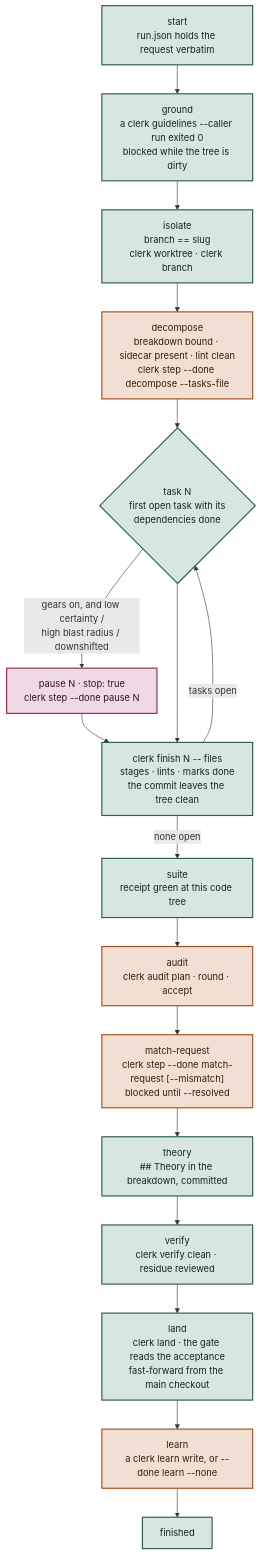
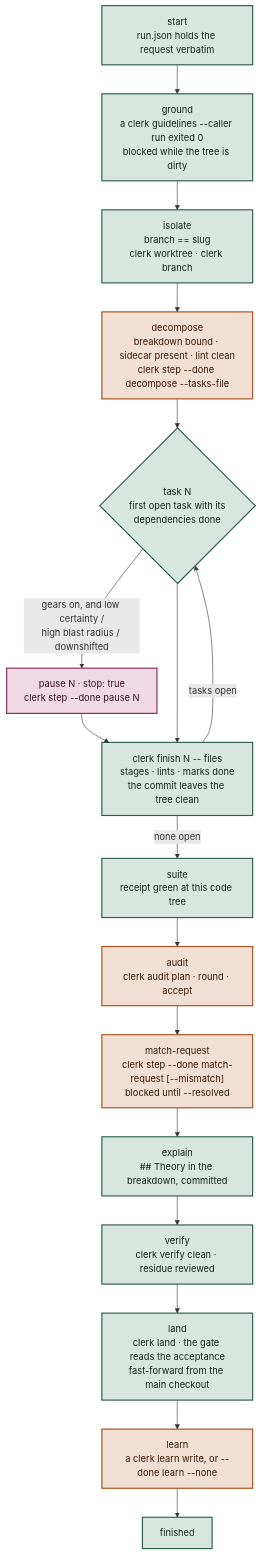
Before and after one commit to hpcsc/dotfiles: the second of 5 diagrams in link/common/dot-config/.config/ai/method/README.md, drawn with Mermaid. The commit also changed other lines of this file and 9 other files, not shown here.

First line of the commit message:
Rename the theory step to explain

````diff
--- a/link/common/dot-config/.config/ai/method/README.md
+++ b/link/common/dot-config/.config/ai/method/README.md
@@ -118,25 +118,25 @@
 ```mermaid
 flowchart TD
   START["start<br/>run.json holds the request verbatim"] --> GROUND
   GROUND["ground<br/>a clerk guidelines --caller run exited 0<br/>blocked while the tree is dirty"] --> ISOLATE
   ISOLATE["isolate<br/>branch == slug<br/>clerk worktree · clerk branch"] --> PLAN
   PLAN["decompose<br/>breakdown bound · sidecar present · lint clean<br/>clerk step --done decompose --tasks-file"] --> TASK
   TASK{"task N<br/>first open task with its<br/>dependencies done"} -->|"gears on, and low certainty /<br/>high blast radius / downshifted"| TESTS
   TESTS["pause N · stop: true<br/>clerk step --done pause N"] --> BUILD
   TASK --> BUILD["clerk finish N -- files<br/>stages · lints · marks done<br/>the commit leaves the tree clean"]
   BUILD -->|"tasks open"| TASK
   BUILD -->|"none open"| SUITE
   SUITE["suite<br/>receipt green at this code tree"] --> AUDIT
   AUDIT["audit<br/>clerk audit plan · round · accept"] --> VALIDATE
   VALIDATE["match-request<br/>clerk step --done match-request [--mismatch]<br/>blocked until --resolved"] --> THEORY
-  THEORY["theory<br/>## Theory in the breakdown, committed"] --> VERIFY
+  THEORY["explain<br/>## Theory in the breakdown, committed"] --> VERIFY
   VERIFY["verify<br/>clerk verify clean · residue reviewed"] --> LAND
   LAND["land<br/>clerk land · the gate reads the acceptance<br/>fast-forward from the main checkout"] --> LEARN
   LEARN["learn<br/>a clerk learn write, or --done learn --none"] --> FIN["finished"]
   classDef derived fill:#D8E6E0,stroke:#2F5D50,stroke-width:2px,color:#132520
   classDef asserted fill:#F2DFD3,stroke:#A8501E,stroke-width:2px,color:#3A1A08
   classDef gate fill:#EFD9E4,stroke:#8A2E5D,stroke-width:2px,color:#3A1024
   class START,GROUND,ISOLATE,TASK,BUILD,SUITE,THEORY,VERIFY,LAND,FIN derived
   class PLAN,AUDIT,VALIDATE,LEARN asserted
   class TESTS gate
 ```
````
